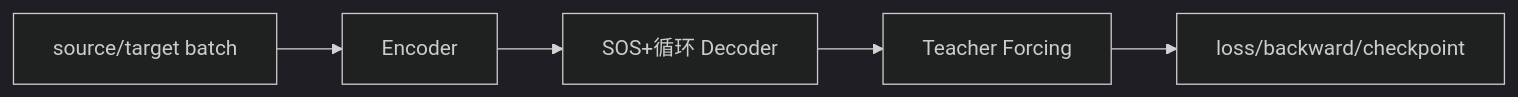
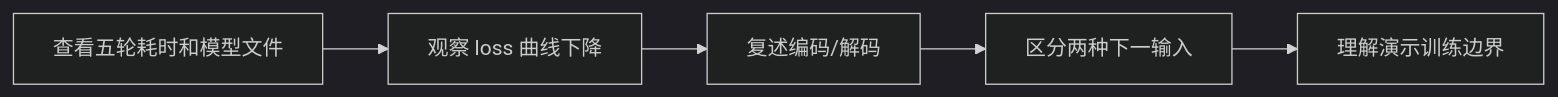
One commit to luyunix/nlp_study changed the first of 2 diagrams in notes/seq2seq-translation/23-training-summary.md. Above: the diagram before and after it, drawn with Mermaid (dark theme). The commit also changed other lines of this file and 66 other files, not shown here.

````diff
--- a/notes/seq2seq-translation/23-training-summary.md
+++ b/notes/seq2seq-translation/23-training-summary.md
@@ -17,12 +17,12 @@
 ```mermaid
 flowchart LR
-    N0["source/target batch"]
-    N1["Encoder"]
-    N2["SOS+循环 Decoder"]
-    N3["Teacher Forcing"]
-    N4["loss/backward/checkpoint"]
+    N0["查看五轮耗时和模型文件"]
+    N1["观察 loss 曲线下降"]
+    N2["复述编码/解码"]
+    N3["区分两种下一输入"]
+    N4["理解演示训练边界"]
     N0 --> N1
     N1 --> N2
     N2 --> N3
     N3 --> N4
 ```
````
